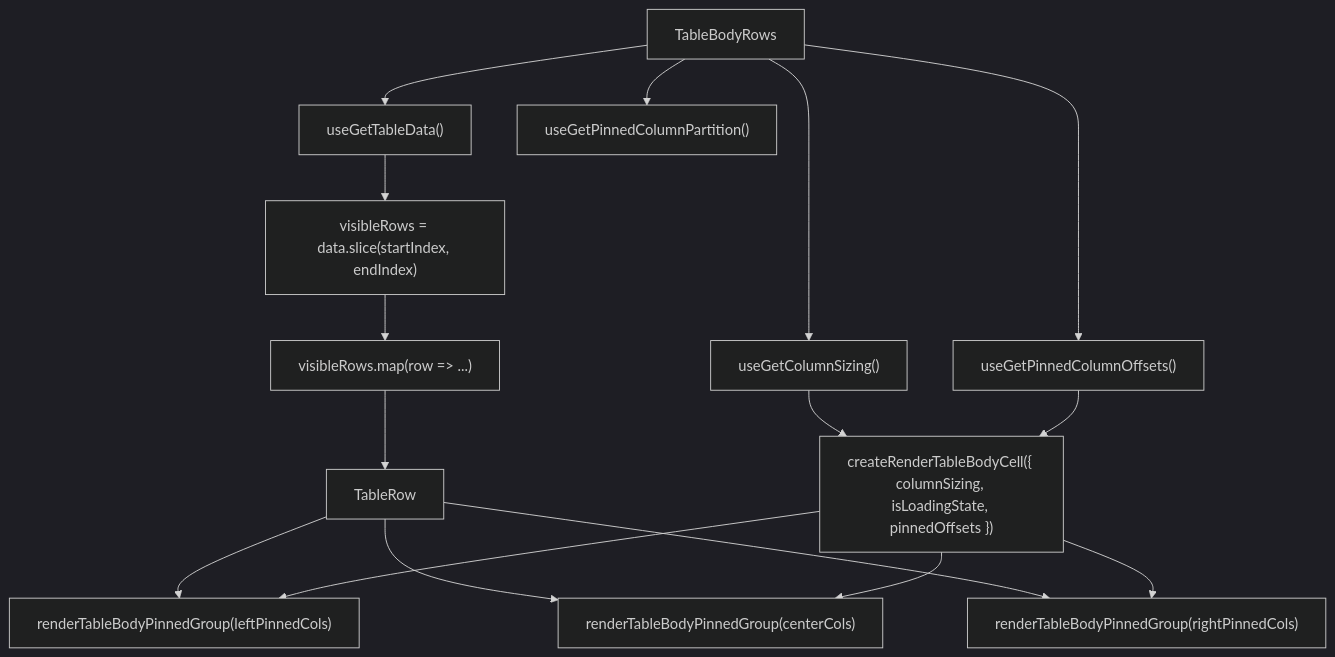
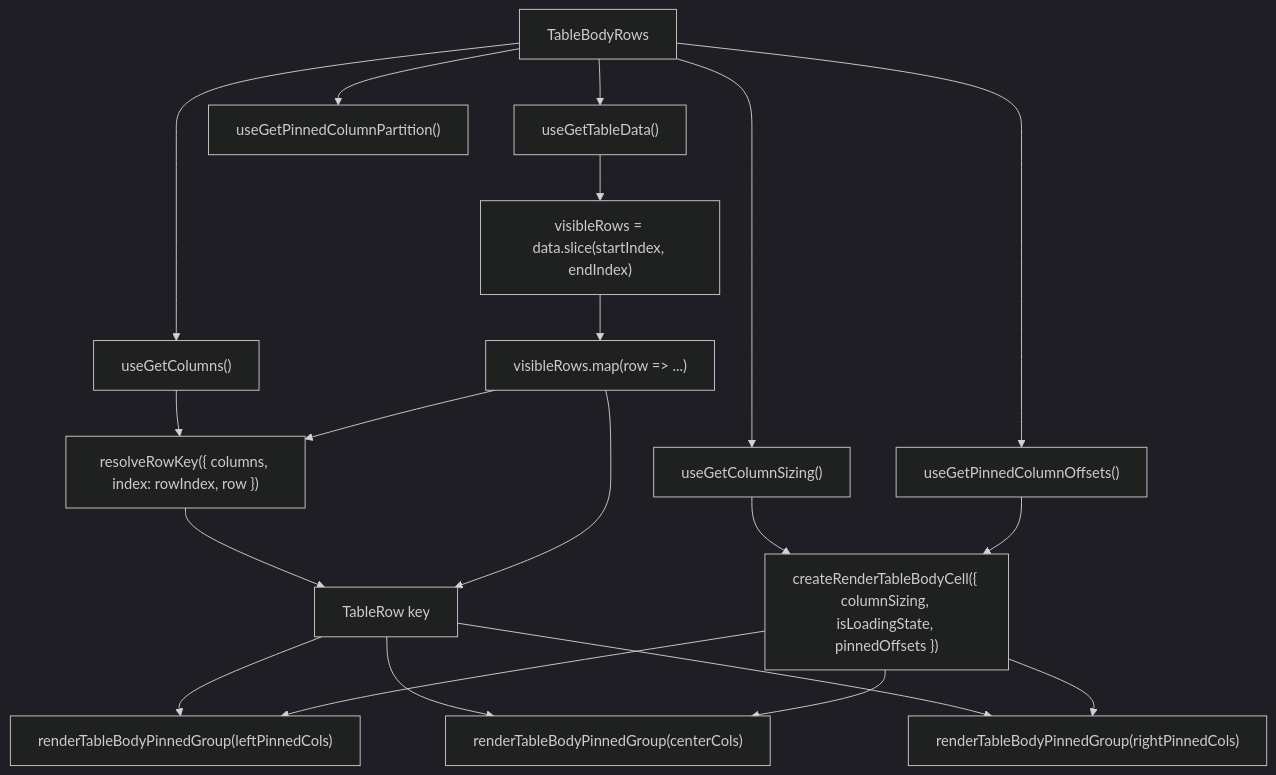
Before and after one commit to luciocabrera/lcabrera-stack: the diagram in packages/ui/src/components/Table/TableBodyRows/ARCHITECTURE.md, drawn with Mermaid (dark theme). The commit also changed other lines of this file and 7 other files, not shown here.

First line of the commit message:
feat(ui): key table body rows by data, not array position (#629)

````diff
--- a/packages/ui/src/components/Table/TableBodyRows/ARCHITECTURE.md
+++ b/packages/ui/src/components/Table/TableBodyRows/ARCHITECTURE.md
@@ -36,20 +43,24 @@
 ```mermaid
 graph TD
   TBR["TableBodyRows"] --> data["useGetTableData()"]
+  TBR --> COL["useGetColumns()"]
   TBR --> CG["useGetPinnedColumnPartition()"]
   TBR --> CS["useGetColumnSizing()"]
   TBR --> PO["useGetPinnedColumnOffsets()"]
 
   data --> slice["visibleRows = data.slice(startIndex, endIndex)"]
   CS --> renderer["createRenderTableBodyCell({ columnSizing, isLoadingState, pinnedOffsets })"]
   PO --> renderer
 
   slice --> map["visibleRows.map(row => ...)"]
-  map --> TR["TableRow"]
+  COL --> key["resolveRowKey({ columns, index: rowIndex, row })"]
+  map --> key
+  key --> TR["TableRow key"]
+  map --> TR
   TR --> left["renderTableBodyPinnedGroup(leftPinnedCols)"]
   TR --> center["renderTableBodyPinnedGroup(centerCols)"]
   TR --> right["renderTableBodyPinnedGroup(rightPinnedCols)"]
   renderer --> left
   renderer --> center
   renderer --> right
 ```
````
